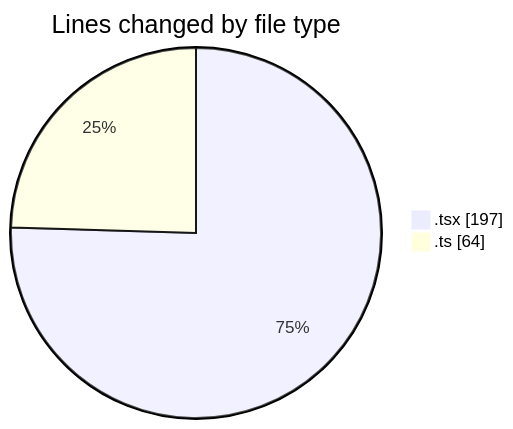
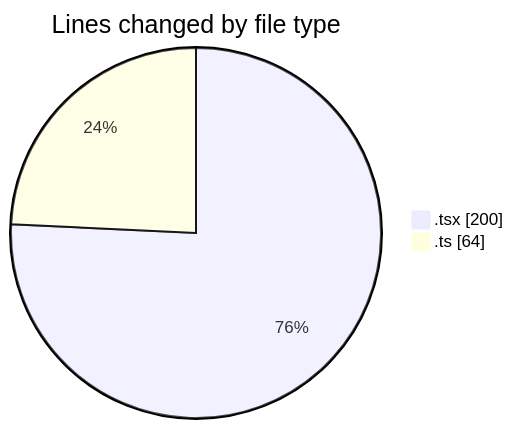
One commit to nxtqubesakshisongat/code-tracking changed the first of 2 diagrams in 2026-04-20/airfeed-analytics-dashboard/README.md. Above: the diagram before and after it, drawn with Mermaid. The commit also changed other lines of this file and 1 other file, not shown here.

````diff
--- a/2026-04-20/airfeed-analytics-dashboard/README.md
+++ b/2026-04-20/airfeed-analytics-dashboard/README.md
@@ -21,6 +21,6 @@
 ```mermaid
 pie showData
 title Lines changed by file type
-".tsx" : 197
+".tsx" : 200
 ".ts" : 64
 ```
````
